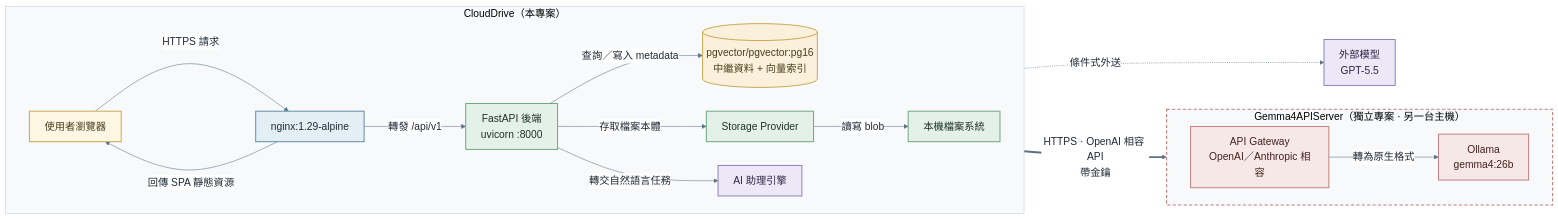
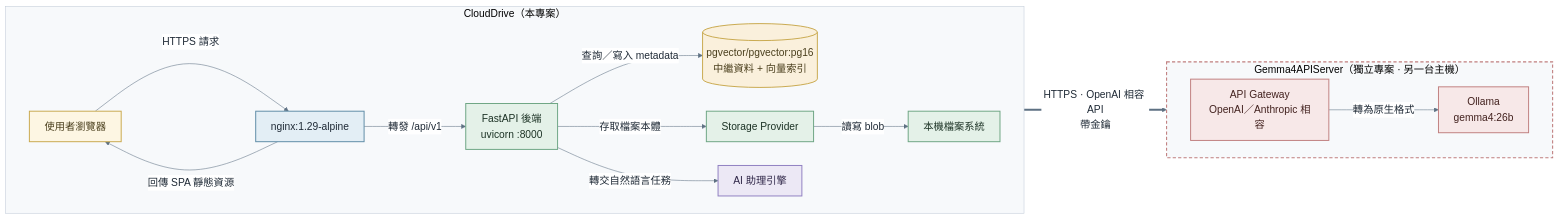
One commit to billwu101/CloudDrive changed the diagram in doc/ppt/src/04-arch.mmd. Above: the diagram before and after it, drawn with Mermaid. The commit also changed 1 other file, not shown here.

```diff
--- a/doc/ppt/src/04-arch.mmd
+++ b/doc/ppt/src/04-arch.mmd
@@ -1,33 +1,31 @@
 %%{init: {'theme':'base','themeVariables':{'fontFamily':'PingFang TC, Avenir Next, Helvetica Neue, Arial, sans-serif','fontSize':'19px','primaryColor':'#eef1f5','primaryBorderColor':'#8b98a8','primaryTextColor':'#1f2a36','lineColor':'#5e7183','edgeLabelBackground':'#ffffff','clusterBkg':'#f7f9fb','clusterBorder':'#c2ccd8'},'flowchart':{'curve':'basis','nodeSpacing':44,'rankSpacing':64,'padding':14}}}%%
 graph LR
   subgraph CD["CloudDrive（本專案）"]
     direction LR
     U["使用者瀏覽器"] -->|"HTTPS 請求"| NX["nginx:1.29-alpine"]
     NX -->|"回傳 SPA 靜態資源"| U
     NX -->|"轉發 /api/v1"| BE["FastAPI 後端<br/>uvicorn :8000"]
     BE -->|"查詢／寫入 metadata"| PG[("pgvector/pgvector:pg16<br/>中繼資料 + 向量索引")]
     BE -->|"存取檔案本體"| SP2["Storage Provider"]
     SP2 -->|"讀寫 blob"| FS["本機檔案系統"]
     BE -->|"轉交自然語言任務"| AS["AI 助理引擎"]
   end
   subgraph EXT["Gemma4APIServer（獨立專案 · 另一台主機）"]
     direction LR
     GW["API Gateway<br/>OpenAI／Anthropic 相容"] -->|"轉為原生格式"| OL["Ollama<br/>gemma4:26b"]
   end
   AS ==>|"HTTPS · OpenAI 相容 API<br/>帶金鑰"| GW
-  AS -.->|"條件式外送"| EXM["外部模型<br/>GPT-5.5"]
   classDef user fill:#fdf6e3,stroke:#c9a94e,stroke-width:1.8px,color:#4a3f1d
   classDef front fill:#e3eef5,stroke:#5e8ba6,stroke-width:1.8px,color:#1f2a36
   classDef back fill:#e4f1e8,stroke:#6da583,stroke-width:1.8px,color:#1c3225
   classDef db fill:#faf0dc,stroke:#c9a94e,stroke-width:1.8px,color:#4a3f1d
   classDef vol fill:#f0f2f5,stroke:#98a3b0,stroke-width:1.4px,color:#3a4450
   classDef ai fill:#ece8f5,stroke:#8f7fc0,stroke-width:1.8px,color:#2e2547
   classDef edge fill:#f7e8e8,stroke:#c07f7f,stroke-width:1.8px,color:#43221f
   class U user
   class NX front
   class BE,SP2,FS back
   class PG db
   class AS ai
   class GW,OL edge
-  class EXM ai
   style EXT stroke-dasharray: 6 4,stroke:#c07f7f,stroke-width:2px
```
